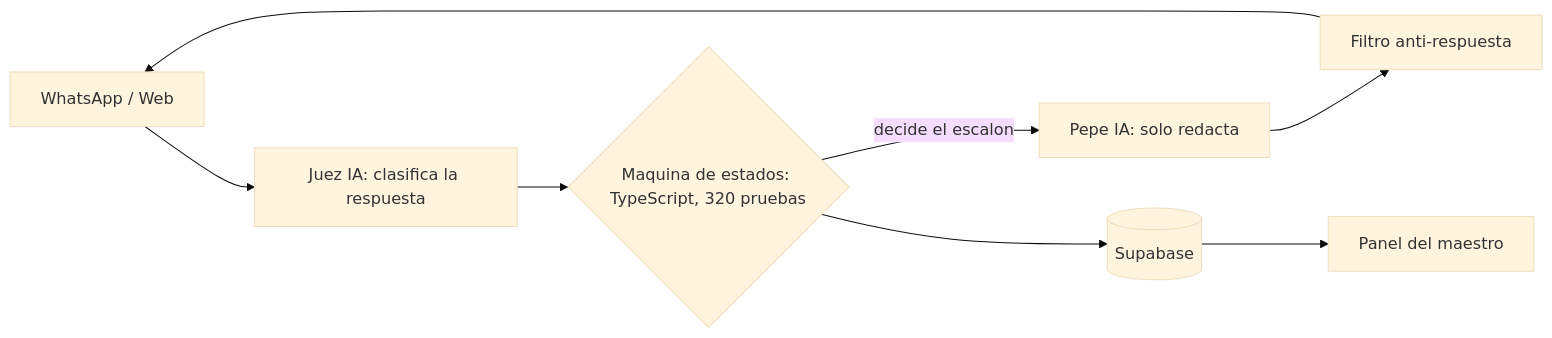
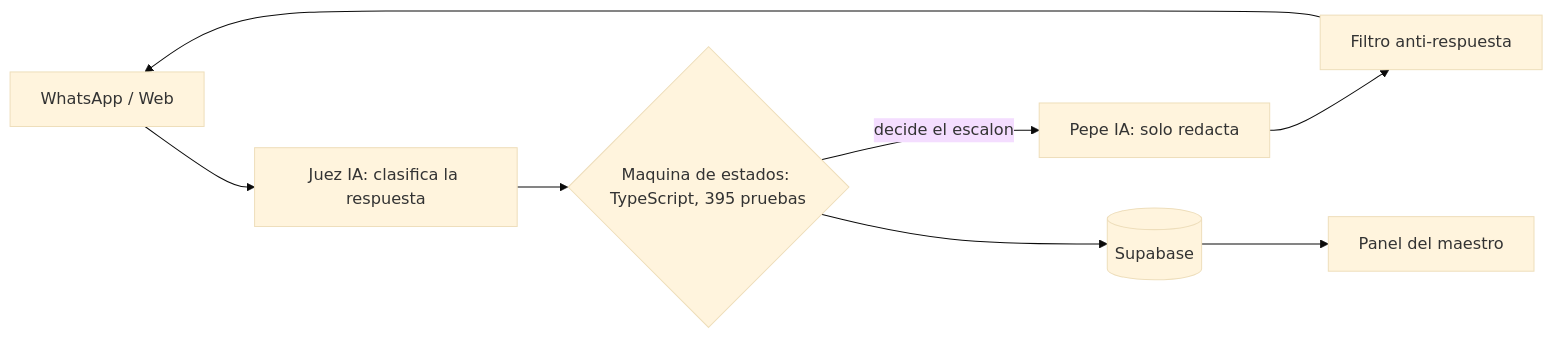
One commit to ALFA117/pepe-companero changed the diagram in README.md. Above: the diagram before and after it, drawn with Mermaid (base theme). The commit also changed other lines of this file, not shown here.

````diff
--- a/README.md
+++ b/README.md
@@ -109,10 +128,10 @@
 ```mermaid
 flowchart LR
     A["WhatsApp / Web"] --> B["Juez IA: clasifica la respuesta"]
-    B --> C{"Maquina de estados: TypeScript, 320 pruebas"}
+    B --> C{"Maquina de estados: TypeScript, 395 pruebas"}
     C -->|decide el escalon| D["Pepe IA: solo redacta"]
     D --> E["Filtro anti-respuesta"]
     E --> A
     C --> F[("Supabase")]
     F --> G["Panel del maestro"]
 ```
````
